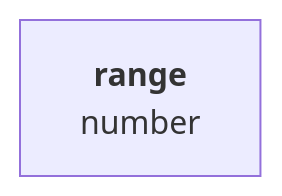
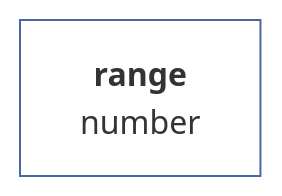
The sixth of 23 diagrams in docs/en-GB/vector.md (muzikp/retusa), drawn with Mermaid before and after one commit. The commit also changed other lines of this file and 17 other files, not shown here.

````diff
--- a/docs/en-GB/vector.md
+++ b/docs/en-GB/vector.md
@@ -168,4 +183,7 @@
 ```mermaid
 graph TD
-A[<b>range<br></b>number]
+range[<b>range<br></b>number]
+style range fill:#FFFFFF;
+style range stroke:#4967A4;
+
 ```
````
